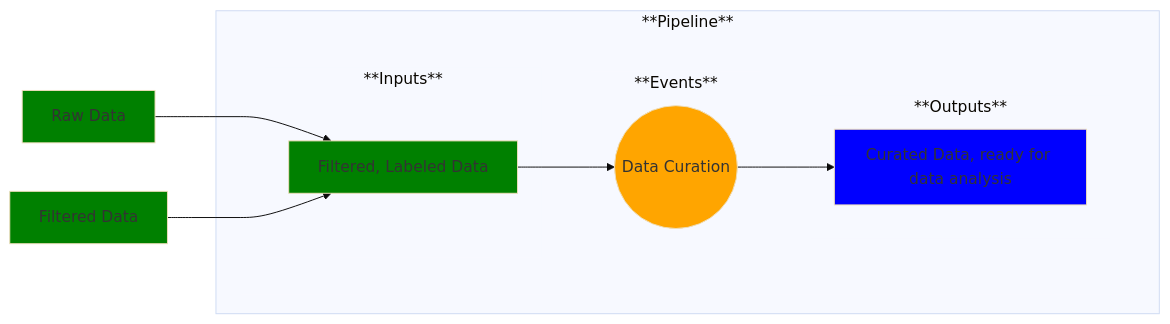
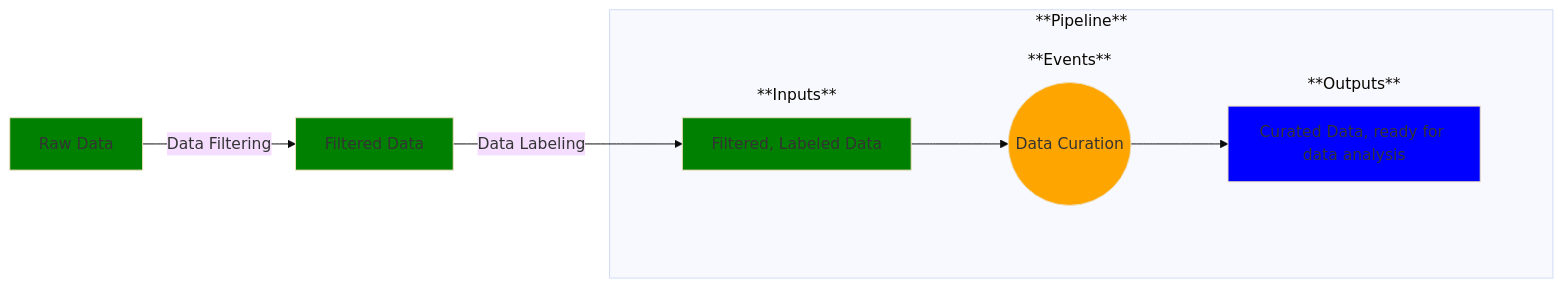
The diagram in example-with-mermaid.md (MLOps-OpenAPI/arch-diagrams), drawn with Mermaid (base theme) before and after one commit.

Commit message:
Updating based on Brandon's example

````diff
--- a/example-with-mermaid.md
+++ b/example-with-mermaid.md
@@ -17,55 +17,58 @@
 ```mermaid
 
 %% Creating a left-to-right flowchart
 %% Learn the syntax here: https://mermaid.js.org/syntax/flowchart.html
 %% Note: flowchart and graph are the same in Mermaid
 graph LR;
 
     %% Define the common flow items:
-    A-->C
-    B-->C
+    A--> | Data Filtering | B--> | Data Labeling | C
+    %%A--> B
+    %%B-->C
     subgraph Pipeline ["**Pipeline**"]
         
         %% Add an empty node to overcome some formatting issues
         subgraph invisibleSpace["<br/>"]
 
             %% Add the rest of the nodes
             subgraph Inputs ["**Inputs**"]
-                C
+                C 
             end
             subgraph Events ["**Events**"]
                 D
             end
             subgraph Outputs ["**Outputs**"]
                 E
             end
         end
         C-->D
+        %%C--> | test text | D
         D-->E
+        %%D--> | test text | E
     end
 
     %% Now label and style the blocks
     %% Note: You could have done this above, but I find this to be cleaner and easier to manage
 
     A[Raw Data]
     style A fill:green
 
     B[Filtered Data]
     style B fill:green
 
     C[Filtered, Labeled Data]
     style C fill:green
 
     D((Data Curation))
     style D fill:orange
 
     E[Curated Data, ready for data analysis]
     style E fill:blue
 
     %% Remove unnecessary box outlines
     style invisibleSpace stroke-width:0
     style Inputs stroke-width:0
     style Events stroke-width:0
     style Outputs stroke-width:0
 
 ```
````
